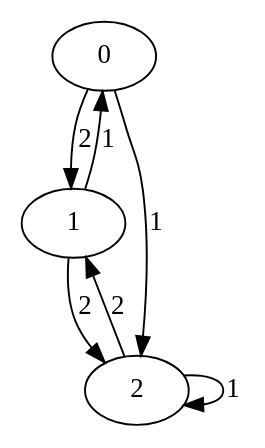
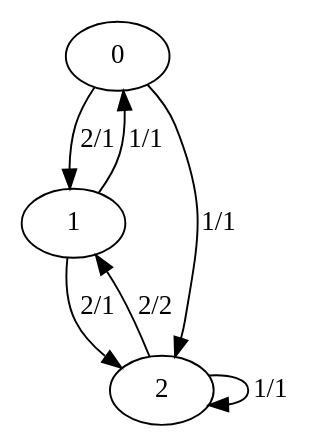
One commit to Reywam/TAaFL changed the diagram in GraphMinimisation/GraphMinimisation/out.dot. Above: the diagram before and after it, drawn with Graphviz. The commit also changed 2 other files, not shown here.

```diff
--- a/GraphMinimisation/GraphMinimisation/out.dot
+++ b/GraphMinimisation/GraphMinimisation/out.dot
@@ -1,11 +1,11 @@
 digraph G {
 0;
 1;
 2;
-0->2  [label=1, weight=1];
-0->1  [label=2, weight=2];
-1->0  [label=1, weight=1];
-1->2  [label=2, weight=2];
-2->2  [label=1, weight=1];
-2->1  [label=2, weight=2];
+0->2  [label="1/1", weight="1/1"];
+0->1  [label="2/1", weight="2/1"];
+1->0  [label="1/1", weight="1/1"];
+1->2  [label="2/1", weight="2/1"];
+2->2  [label="1/1", weight="1/1"];
+2->1  [label="2/2", weight="2/2"];
 }
```
